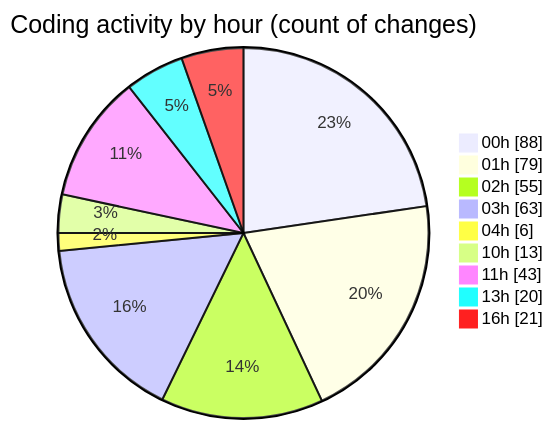
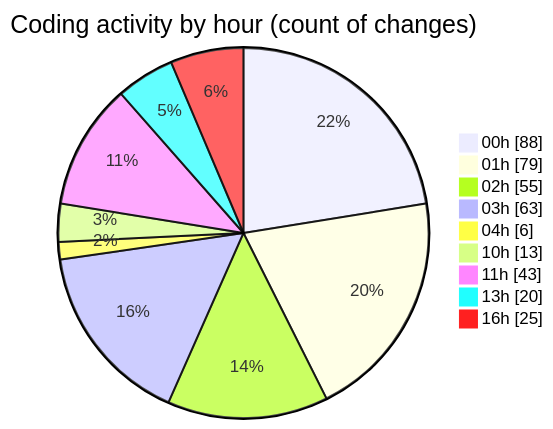
Before and after one commit to lephambinh05/code-tracking: the second of 2 diagrams in 2025-08-16/rentotp/README.md, drawn with Mermaid. The commit also changed other lines of this file and 1 other file, not shown here.

````diff
--- a/2025-08-16/rentotp/README.md
+++ b/2025-08-16/rentotp/README.md
@@ -94,13 +96,13 @@
 ```mermaid
 pie showData
 title Coding activity by hour (count of changes)
 "00h" : 88
 "01h" : 79
 "02h" : 55
 "03h" : 63
 "04h" : 6
 "10h" : 13
 "11h" : 43
 "13h" : 20
-"16h" : 21
+"16h" : 25
 ```
````
